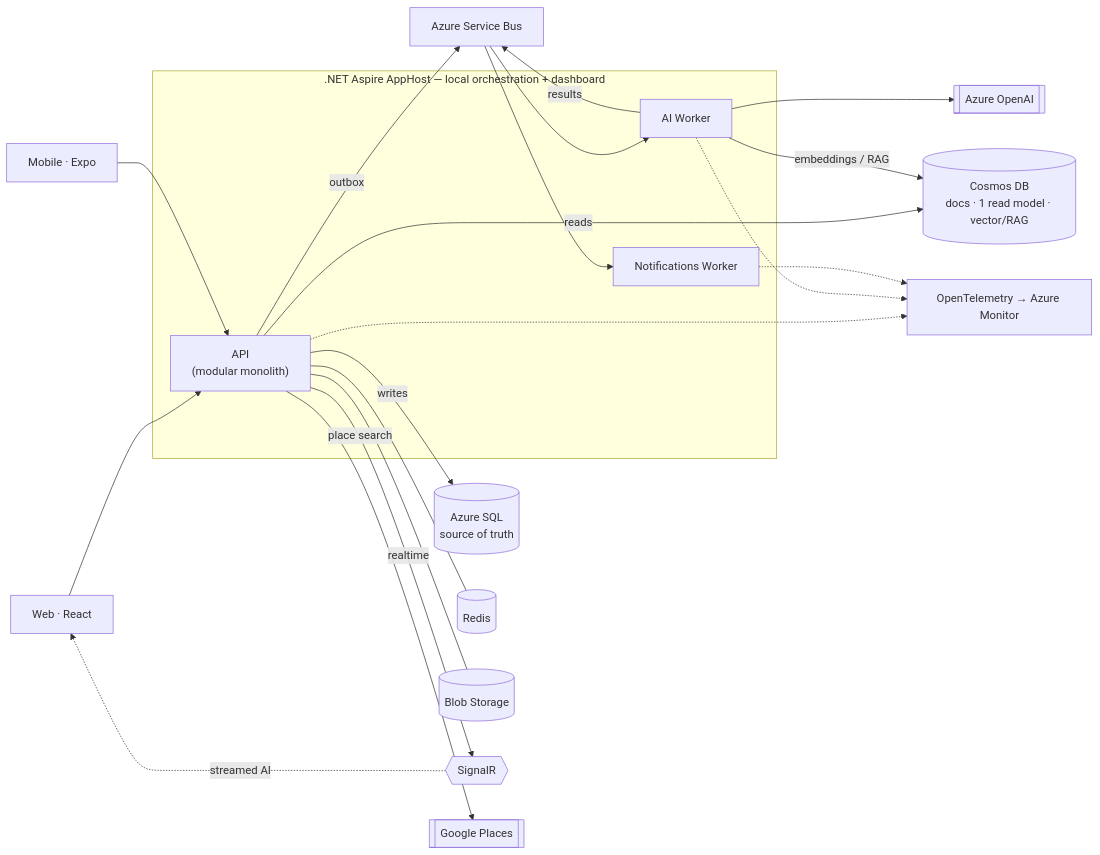
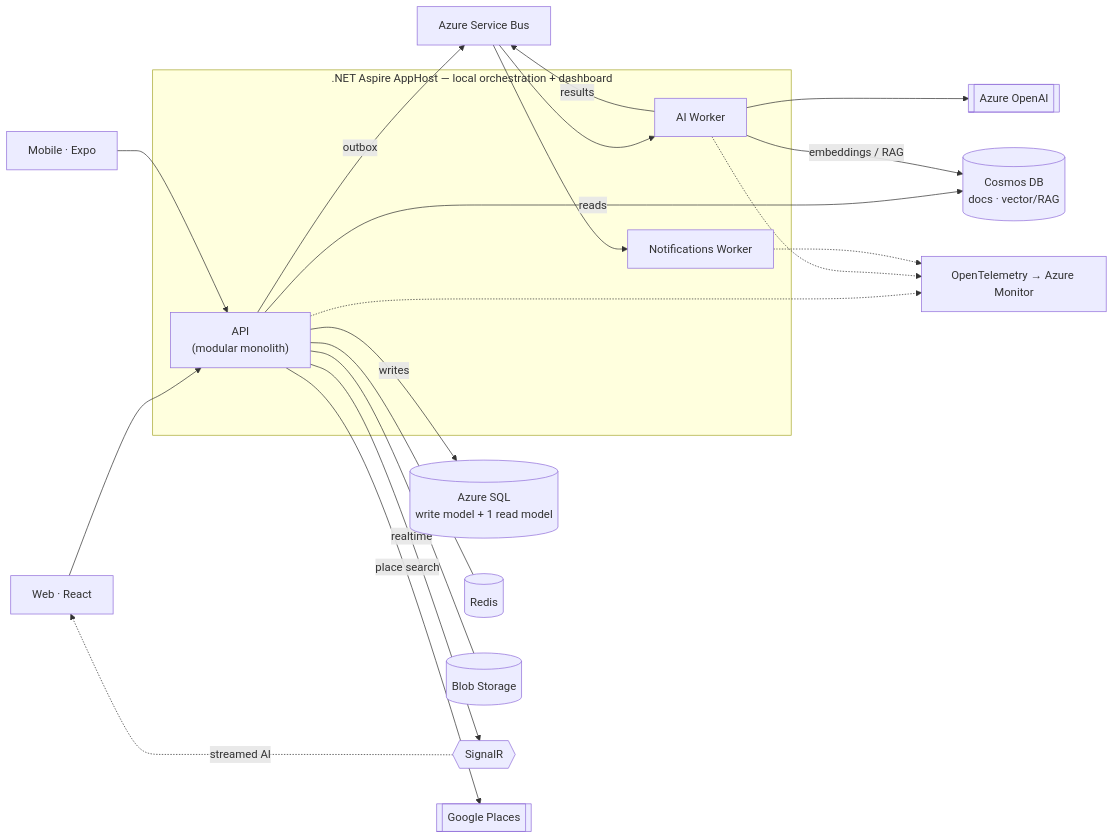
One commit to danijel-scukanec/explivio changed the diagram in ARCHITECTURE.md. Above: the diagram before and after it, drawn with Mermaid. The commit also changed other lines of this file, not shown here.

First line of the commit message:
Correct CQRS read model docs: SQL read schema, not Cosmos

````diff
--- a/ARCHITECTURE.md
+++ b/ARCHITECTURE.md
@@ -24,41 +24,41 @@
 ```mermaid
 flowchart LR
   web["Web · React"]
   mobile["Mobile · Expo"]
 
   subgraph aspire[".NET Aspire AppHost — local orchestration + dashboard"]
     api["API<br/>(modular monolith)"]
     aiw["AI Worker"]
     nw["Notifications Worker"]
   end
 
   sb["Azure Service Bus"]
-  sql[("Azure SQL<br/>source of truth")]
-  cosmos[("Cosmos DB<br/>docs · 1 read model · vector/RAG")]
+  sql[("Azure SQL<br/>write model + 1 read model")]
+  cosmos[("Cosmos DB<br/>docs · vector/RAG")]
   redis[("Redis")]
   blob[("Blob Storage")]
   signalr{{"SignalR"}}
   openai[["Azure OpenAI"]]
   places[["Google Places"]]
 
   web --> api
   mobile --> api
   api -- "outbox" --> sb
   sb --> aiw
   sb --> nw
   aiw -- "results" --> sb
   api -- "writes" --> sql
   api -- "reads" --> cosmos
   api --- redis
   api --- blob
   api -- "realtime" --> signalr
   api -- "place search" --> places
   aiw --> openai
   aiw -- "embeddings / RAG" --> cosmos
   signalr -. "streamed AI" .-> web
 
   otel["OpenTelemetry → Azure Monitor"]
   api -.-> otel
   aiw -.-> otel
   nw -.-> otel
 ```
````
